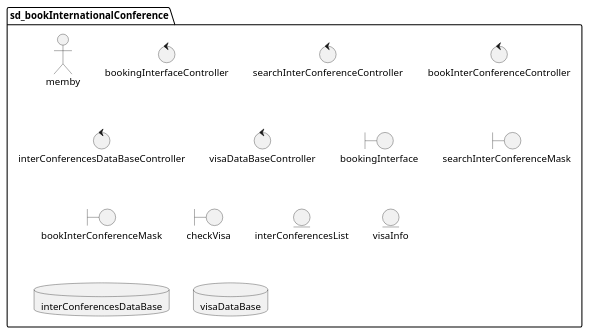
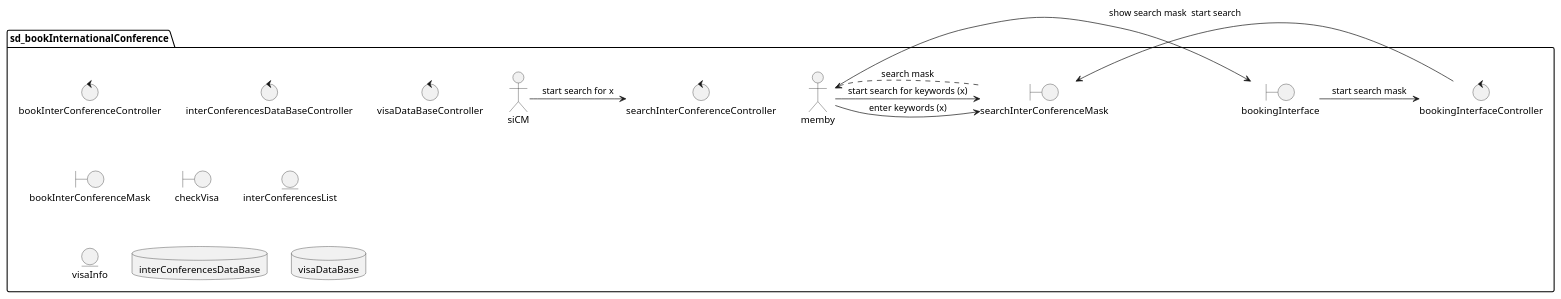
The diagram in src/main/personal_spaces/bella/exercise5/sd_bookInternationalConference.puml (1nbetw33n/Parkhaus_new), drawn with PlantUML before and after one commit.

Commit message:
Started to add relations between objects.

```diff
--- a/src/main/personal_spaces/bella/exercise5/sd_bookInternationalConference.puml
+++ b/src/main/personal_spaces/bella/exercise5/sd_bookInternationalConference.puml
@@ -1,26 +1,43 @@
 @startuml
 
 package sd_bookInternationalConference {
     actor memby as m
 
     control bookingInterfaceController as bIC
     control searchInterConferenceController as sICC
     control bookInterConferenceController as bICC
 
     control interConferencesDataBaseController as iCDBC
     control visaDataBaseController as vDBC
 
     boundary bookingInterface as bI
     boundary searchInterConferenceMask as sICM
     boundary bookInterConferenceMask as bICM
     boundary checkVisa as cV
 
     entity interConferencesList as iCL
     entity visaInfo as vI
 
     database interConferencesDataBase as iCDB
     database visaDataBase as vDD
 
+
+    m -> bI : start search
+    bI -> bIC : start search mask
+    sICM <- bIC : show search mask
+    m <. sICM : search mask
+
+    m -> sICM : enter keywords (x)
+
+    m -> sICM : start search for keywords (x)
+    siCM -> sICC : start search for x
+
+
+
+
+
+
+
 }
 
 @enduml
```
